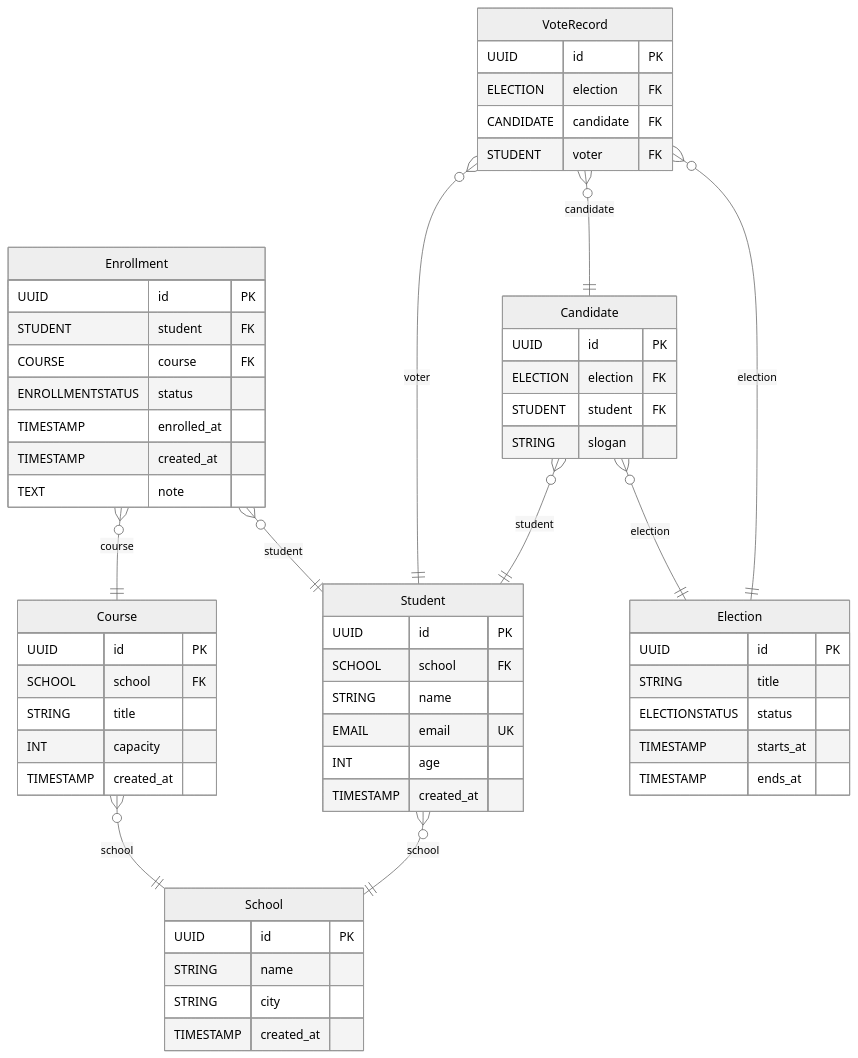
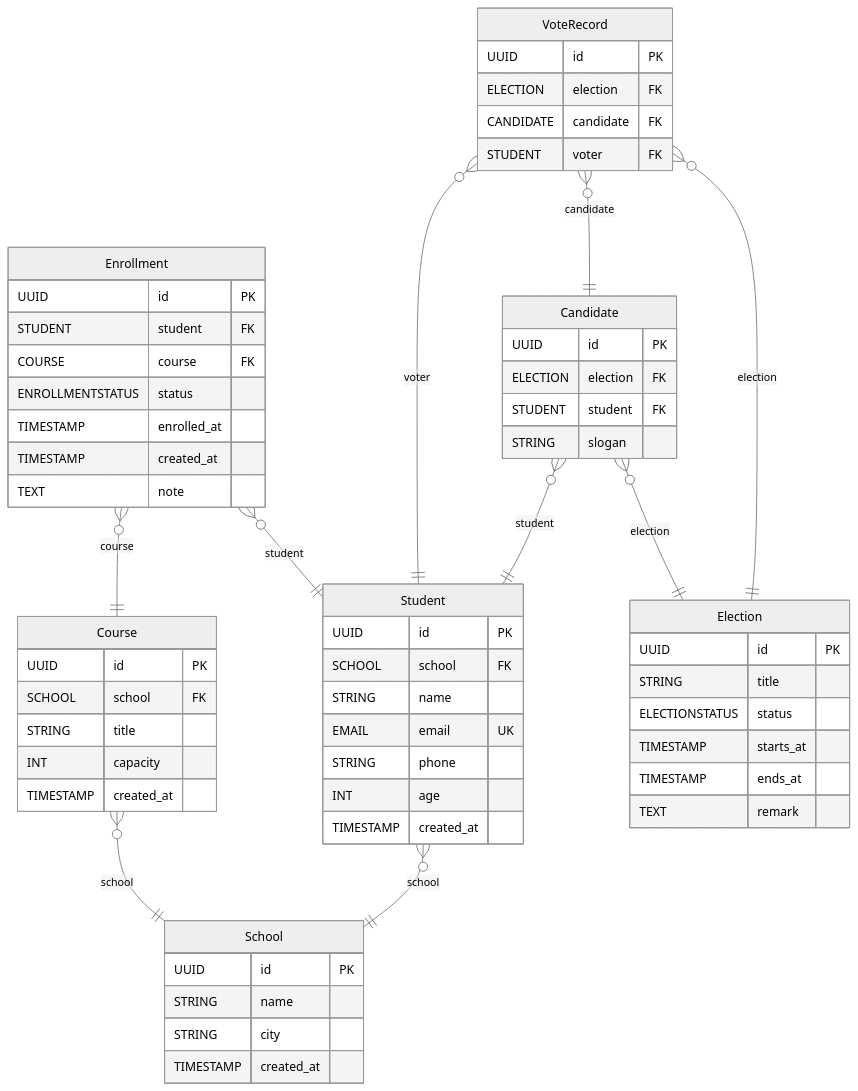
One commit to huifer/forma changed the diagram in examples/school/reports/er.mmd. Above: the diagram before and after it, drawn with Mermaid (neutral theme). The commit also changed 14 other files, not shown here.

```diff
--- a/examples/school/reports/er.mmd
+++ b/examples/school/reports/er.mmd
@@ -1,60 +1,62 @@
 erDiagram
     School {
         UUID id PK
         STRING name
         STRING city
         TIMESTAMP created_at
     }
     Student {
         UUID id PK
         SCHOOL school FK
         STRING name
         EMAIL email UK
+        STRING phone
         INT age
         TIMESTAMP created_at
     }
     Course {
         UUID id PK
         SCHOOL school FK
         STRING title
         INT capacity
         TIMESTAMP created_at
     }
     Enrollment {
         UUID id PK
         STUDENT student FK
         COURSE course FK
         ENROLLMENTSTATUS status
         TIMESTAMP enrolled_at
         TIMESTAMP created_at
         TEXT note
     }
     Election {
         UUID id PK
         STRING title
         ELECTIONSTATUS status
         TIMESTAMP starts_at
         TIMESTAMP ends_at
+        TEXT remark
     }
     Candidate {
         UUID id PK
         ELECTION election FK
         STUDENT student FK
         STRING slogan
     }
     VoteRecord {
         UUID id PK
         ELECTION election FK
         CANDIDATE candidate FK
         STUDENT voter FK
     }
 
     Student }o--|| School : school
     Course }o--|| School : school
     Enrollment }o--|| Student : student
     Enrollment }o--|| Course : course
     Candidate }o--|| Election : election
     Candidate }o--|| Student : student
     VoteRecord }o--|| Election : election
     VoteRecord }o--|| Candidate : candidate
     VoteRecord }o--|| Student : voter
```
